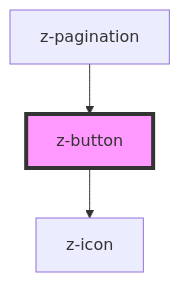
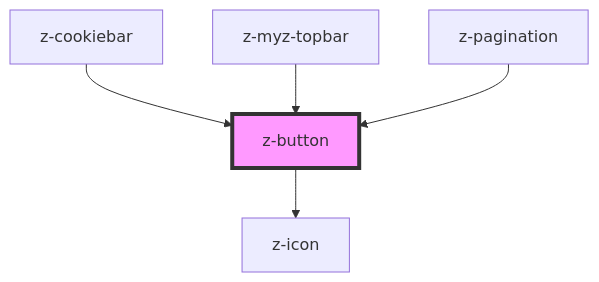
The diagram in src/components/buttons/z-button/readme.md (ZanichelliEditore/design-system), drawn with Mermaid before and after one commit. The commit also changed other lines of this file and 11 other files, not shown here.

Commit message:
chore: replace z-button new on z-cookiebar and myz-topbar

````diff
--- a/src/components/buttons/z-button/readme.md
+++ b/src/components/buttons/z-button/readme.md
@@ -65,6 +67,8 @@
 ```mermaid
 graph TD;
   z-button --> z-icon
+  z-cookiebar --> z-button
+  z-myz-topbar --> z-button
   z-pagination --> z-button
   style z-button fill:#f9f,stroke:#333,stroke-width:4px
 ```
````
